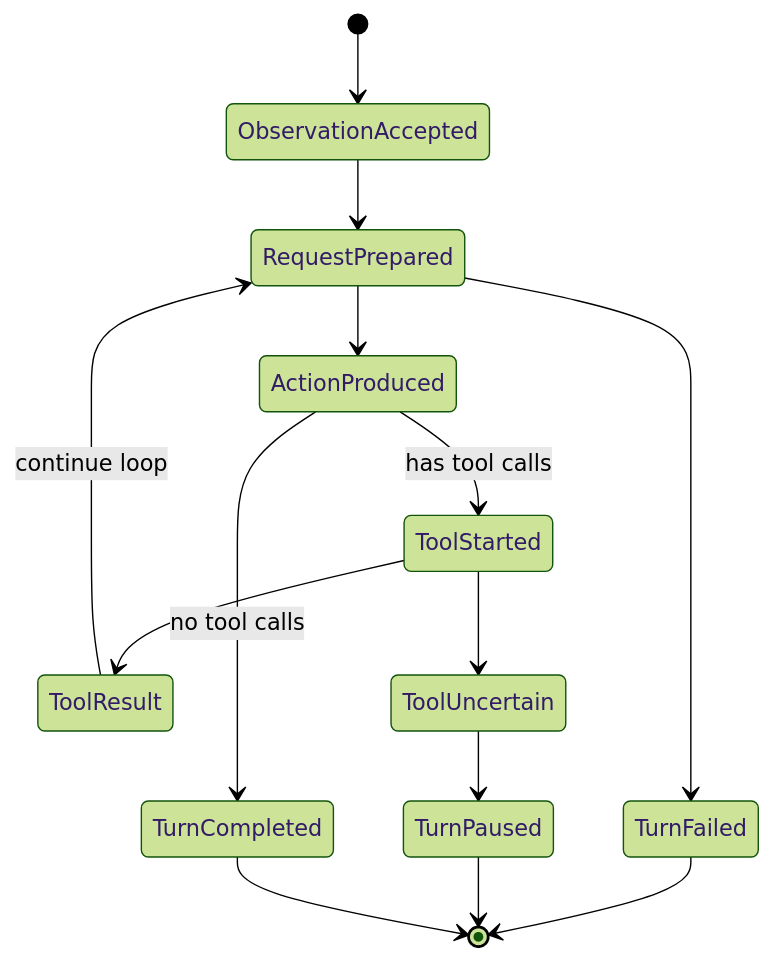
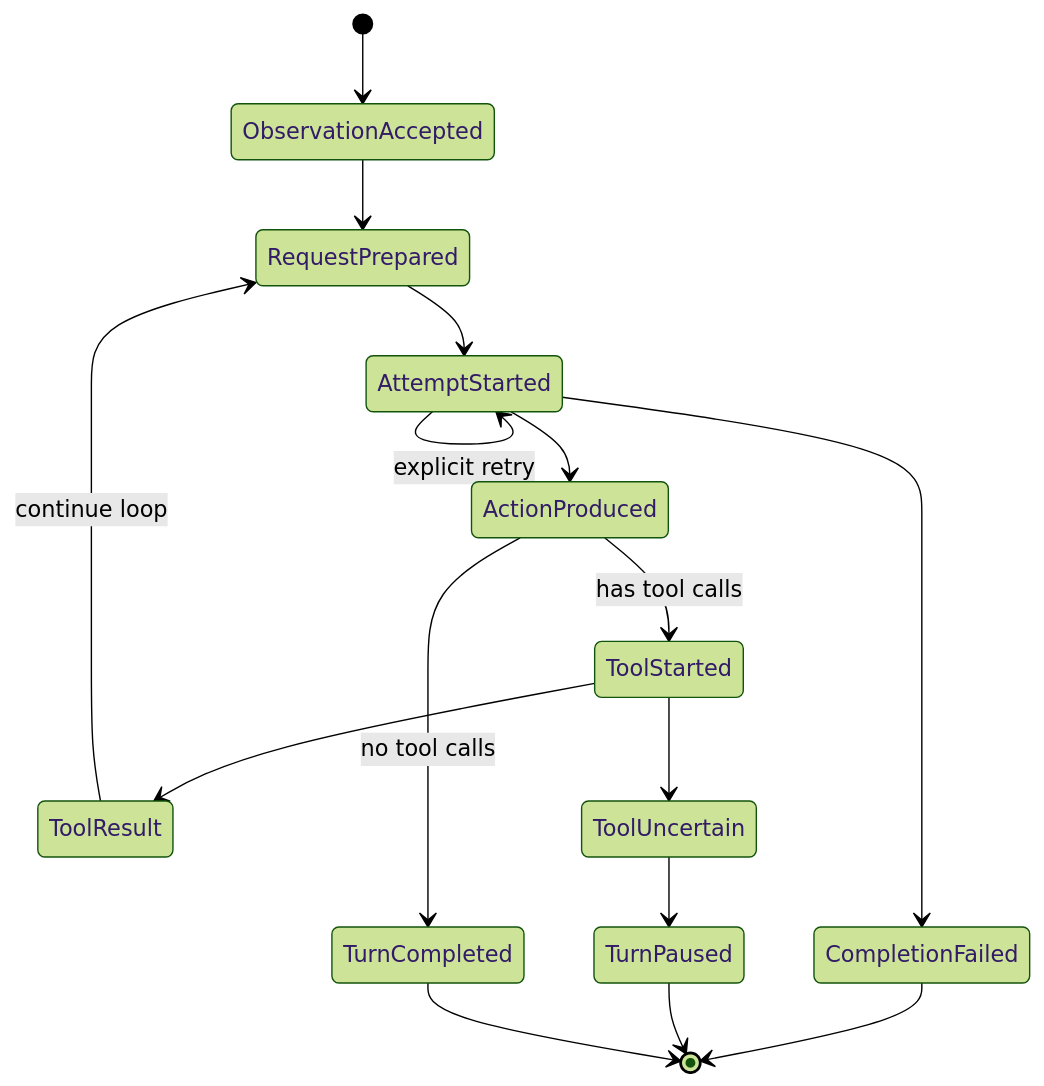
The second of 2 diagrams in docs/ChatSession/event-sourced-session-architecture-roadmap.md (Atelia-org/atelia), drawn with Mermaid (forest theme) before and after one commit. The commit also changed other lines of this file and 3 other files, not shown here.

Commit message:
docs(session-journal): align recovery docs with prepared started protocol

````diff
--- a/docs/ChatSession/event-sourced-session-architecture-roadmap.md
+++ b/docs/ChatSession/event-sourced-session-architecture-roadmap.md
@@ -336,16 +339,18 @@
 ```mermaid
 stateDiagram-v2
     [*] --> ObservationAccepted
     ObservationAccepted --> RequestPrepared
-    RequestPrepared --> ActionProduced
-    RequestPrepared --> TurnFailed
+    RequestPrepared --> AttemptStarted
+    AttemptStarted --> AttemptStarted: explicit retry
+    AttemptStarted --> ActionProduced
+    AttemptStarted --> CompletionFailed
     ActionProduced --> ToolStarted: has tool calls
     ActionProduced --> TurnCompleted: no tool calls
     ToolStarted --> ToolResult
     ToolStarted --> ToolUncertain
     ToolResult --> RequestPrepared: continue loop
     ToolUncertain --> TurnPaused
-    TurnFailed --> [*]
+    CompletionFailed --> [*]
     TurnPaused --> [*]
     TurnCompleted --> [*]
 ```
````
